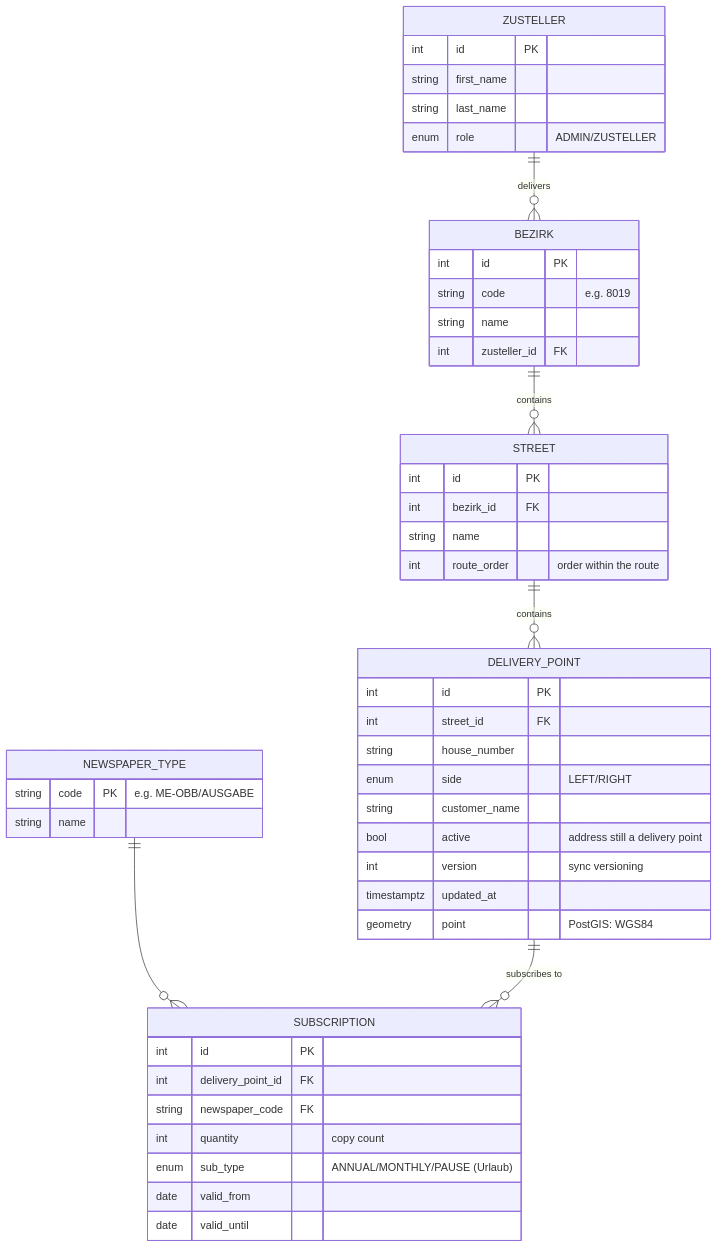
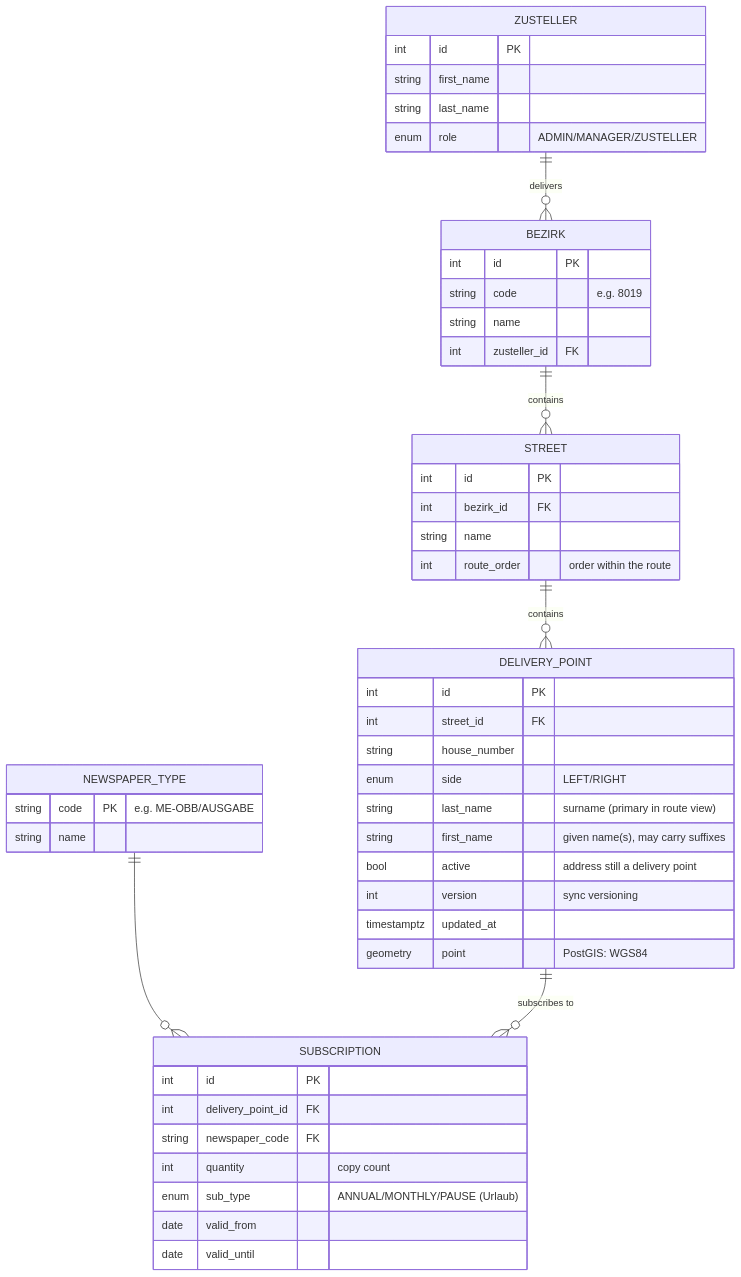
One commit to Robert-Sobolewski/zeitung-zusteller changed the diagram in docs/02_design/database_model.md. Above: the diagram before and after it, drawn with Mermaid. The commit also changed 1 other file, not shown here.

Commit message:
feat(db): application schema 02-schema.sql — full target model, verified on running PostGIS
- db/init/02-schema.sql: zustellers (user_role enum incl. MANAGER), bezirke (1:M from zusteller; M2M junction deferred to F7), streets (route_order = PDF order), delivery_points (TEXT house_number for '2B', GIST index on geom), newspaper_types, subscriptions (time-bounded valid_from/valid_until per domain rule), sync_outbox (F5)
- Verified on running container: 7 tables + 3 enum types created; full-chain insert + daily-list query returns correct row; invalid enum value rejected by DB; dev data rolled back clean
- docs/02_design/database_model.md: ERD aligned with schema (MANAGER role, last_name/first_name split)

````diff
--- a/docs/02_design/database_model.md
+++ b/docs/02_design/database_model.md
@@ -10,50 +10,51 @@
 ```mermaid
 erDiagram
     ZUSTELLER ||--o{ BEZIRK : "delivers"
     BEZIRK ||--o{ STREET : "contains"
     STREET ||--o{ DELIVERY_POINT : "contains"
     NEWSPAPER_TYPE ||--o{ SUBSCRIPTION : ""
     DELIVERY_POINT ||--o{ SUBSCRIPTION : "subscribes to"
     DELIVERY_POINT {
         int id PK
         int street_id FK
         string house_number
         enum side "LEFT/RIGHT"
-        string customer_name
+        string last_name "surname (primary in route view)"
+        string first_name "given name(s), may carry suffixes"
         bool active "address still a delivery point"
         int version "sync versioning"
         timestamptz updated_at
         geometry point "PostGIS: WGS84"
     }
     BEZIRK {
         int id PK
         string code "e.g. 8019"
         string name
         int zusteller_id FK
     }
     STREET {
         int id PK
         int bezirk_id FK
         string name
         int route_order "order within the route"
     }
     ZUSTELLER {
         int id PK
         string first_name
         string last_name
-        enum role "ADMIN/ZUSTELLER"
+        enum role "ADMIN/MANAGER/ZUSTELLER"
     }
     NEWSPAPER_TYPE {
         string code PK "e.g. ME-OBB/AUSGABE"
         string name
     }
     SUBSCRIPTION {
         int id PK
         int delivery_point_id FK
         string newspaper_code FK
         int quantity "copy count"
         enum sub_type "ANNUAL/MONTHLY/PAUSE (Urlaub)"
         date valid_from
         date valid_until
     }
 ```
````
